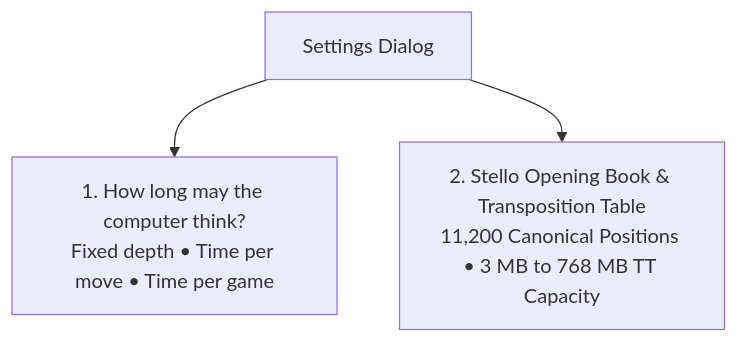
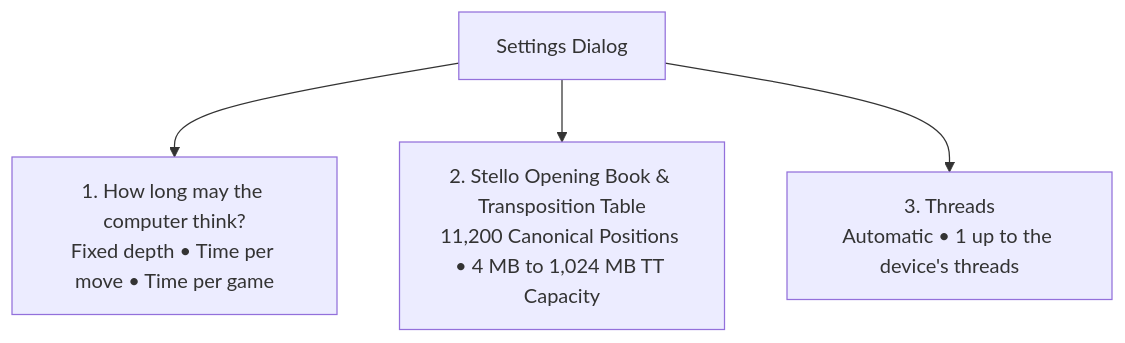
The second of 2 diagrams in docs/15-gui-and-settings.md (cjp-dev/Stello), drawn with Mermaid before and after one commit. The commit also changed other lines of this file and 21 other files, not shown here.

First line of the commit message:
Stello 3.0 phase 9: the docs for threads

````diff
--- a/docs/15-gui-and-settings.md
+++ b/docs/15-gui-and-settings.md
@@ -178,6 +178,7 @@
 ```mermaid
 graph TD
     Settings["Settings Dialog"]
     Settings --> Section1["1. How long may the computer think?<br/>Fixed depth • Time per move • Time per game"]
-    Settings --> Section2["2. Stello Opening Book &amp; Transposition Table<br/>11,200 Canonical Positions • 3 MB to 768 MB TT Capacity"]
+    Settings --> Section2["2. Stello Opening Book &amp; Transposition Table<br/>11,200 Canonical Positions • 4 MB to 1,024 MB TT Capacity"]
+    Settings --> Section3["3. Threads<br/>Automatic • 1 up to the device's threads"]
 ```
````
